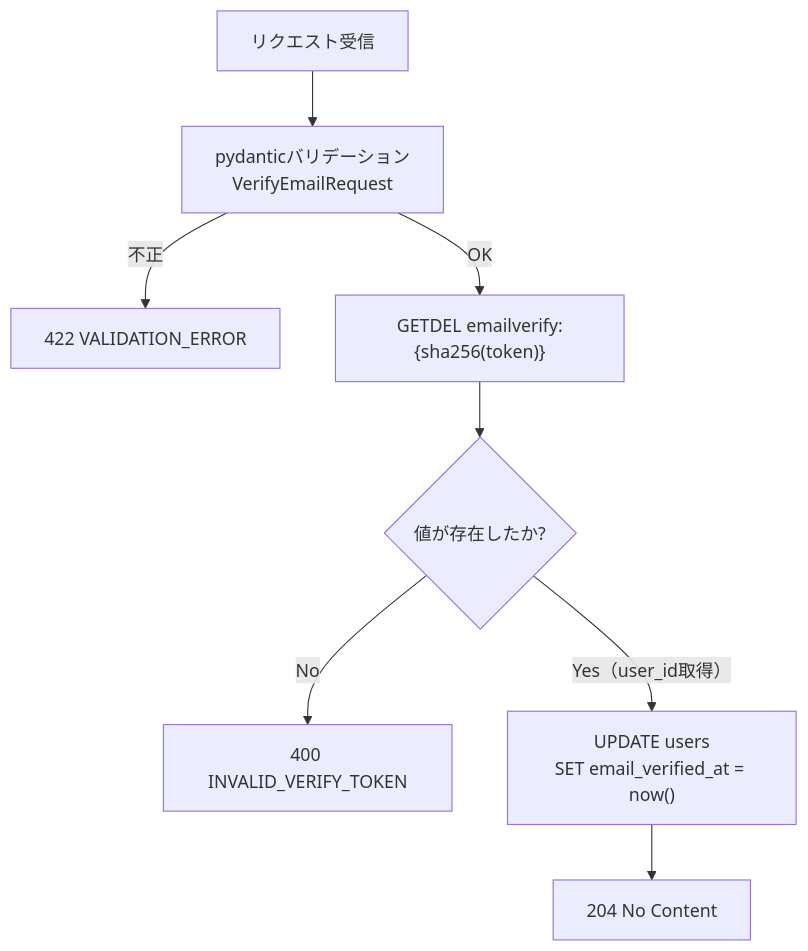
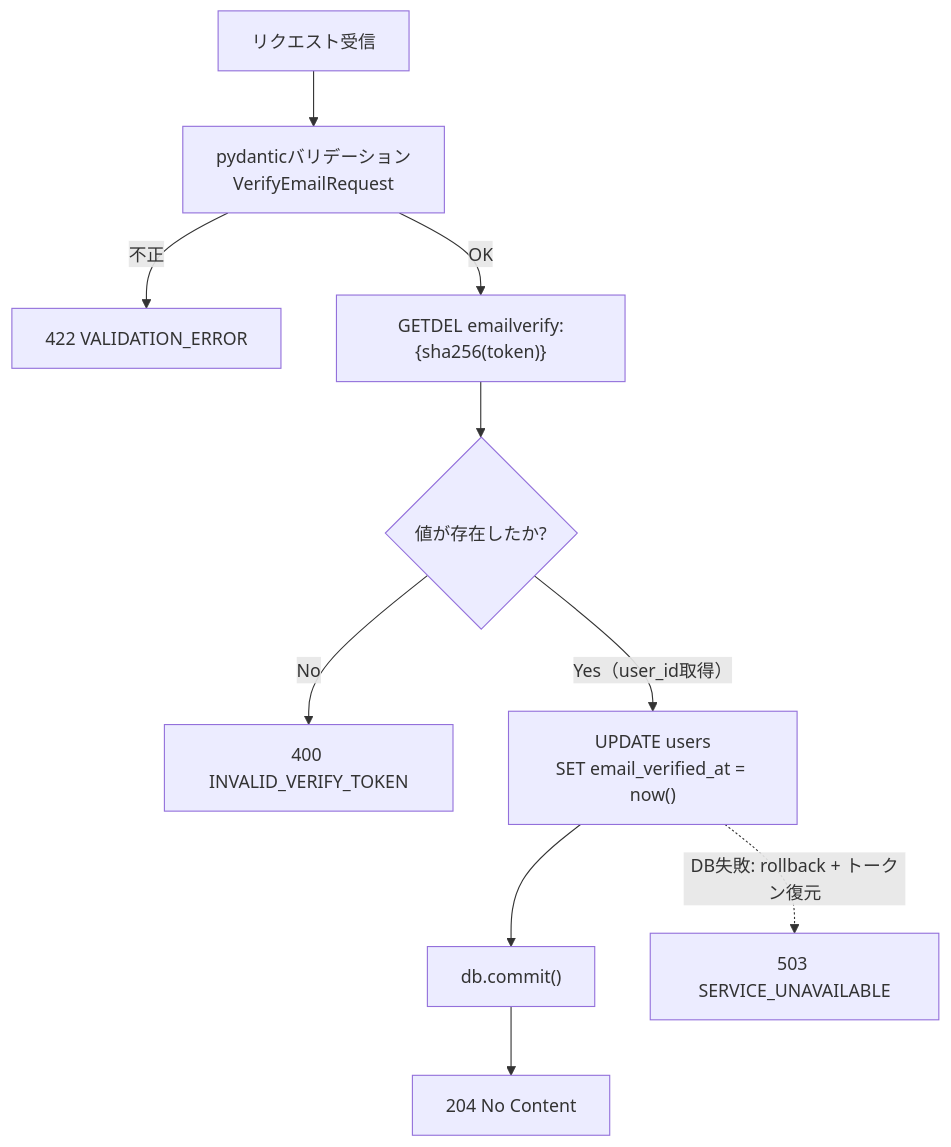
Before and after one commit to oikawa-d/task_management: the second of 4 diagrams in docs/detailed_design/api/auth/07_post_auth_verify_email.md, drawn with Mermaid. The commit also changed other lines of this file and 80 other files, not shown here.

````diff
--- a/docs/detailed_design/api/auth/07_post_auth_verify_email.md
+++ b/docs/detailed_design/api/auth/07_post_auth_verify_email.md
@@ -117,10 +124,12 @@
 ```mermaid
 flowchart TB
     A["リクエスト受信"] --> B["pydanticバリデーション<br/>VerifyEmailRequest"]
     B -->|"不正"| E1["422 VALIDATION_ERROR"]
     B -->|"OK"| C["GETDEL emailverify:{sha256(token)}"]
     C --> D{"値が存在したか?"}
     D -->|"No"| E2["400 INVALID_VERIFY_TOKEN"]
     D -->|"Yes（user_id取得）"| F["UPDATE users<br/>SET email_verified_at = now()"]
-    F --> G["204 No Content"]
+    F --> G["db.commit()"]
+    G --> H["204 No Content"]
+    F -.->|"DB失敗: rollback + トークン復元"| E3["503 SERVICE_UNAVAILABLE"]
 ```
````
